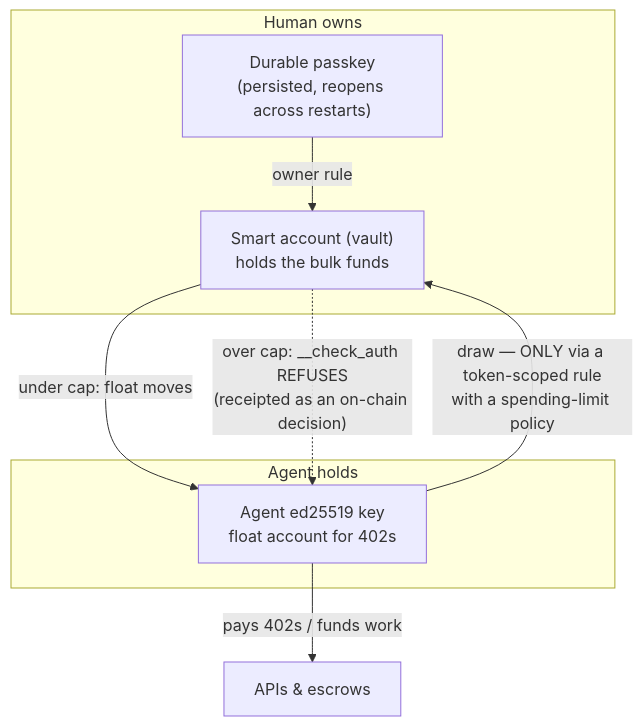
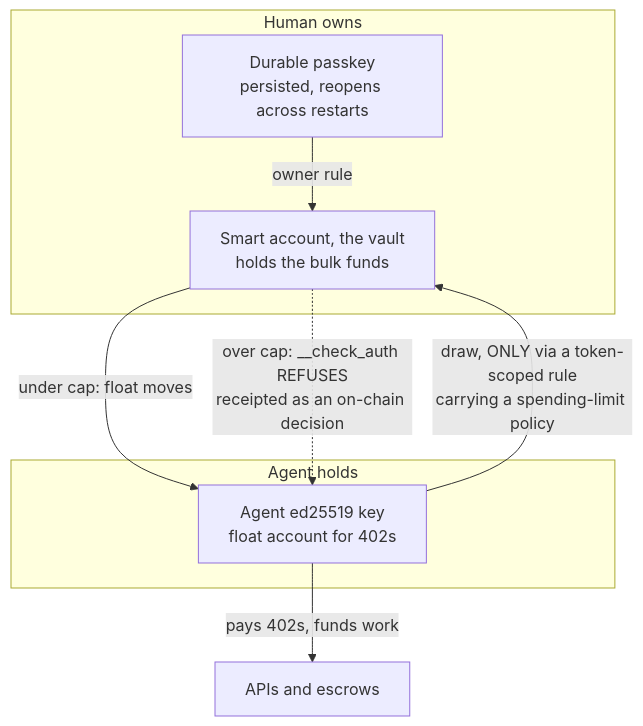
One commit to Stellar-Light/stellar-pay changed the third of 3 diagrams in README.md. Above: the diagram before and after it, drawn with Mermaid. The commit also changed other lines of this file and 1 other file, not shown here.

````diff
--- a/README.md
+++ b/README.md
@@ -211,15 +210,15 @@
 ```mermaid
 flowchart TD
     subgraph OWNER["Human owns"]
-        PK["Durable passkey<br/>(persisted, reopens across restarts)"]
-        SA["Smart account (vault)<br/>holds the bulk funds"]
+        PK["Durable passkey<br/>persisted, reopens across restarts"]
+        SA["Smart account, the vault<br/>holds the bulk funds"]
     end
     subgraph AGENT["Agent holds"]
         AK["Agent ed25519 key<br/>float account for 402s"]
     end
     PK -->|"owner rule"| SA
-    AK -->|"draw — ONLY via a token-scoped rule<br/>with a spending-limit policy"| SA
+    AK -->|"draw, ONLY via a token-scoped rule<br/>carrying a spending-limit policy"| SA
     SA -->|"under cap: float moves"| AK
-    SA -.->|"over cap: __check_auth REFUSES<br/>(receipted as an on-chain decision)"| AK
-    AK -->|"pays 402s / funds work"| X["APIs & escrows"]
+    SA -.->|"over cap: __check_auth REFUSES<br/>receipted as an on-chain decision"| AK
+    AK -->|"pays 402s, funds work"| X["APIs and escrows"]
 ```
````
